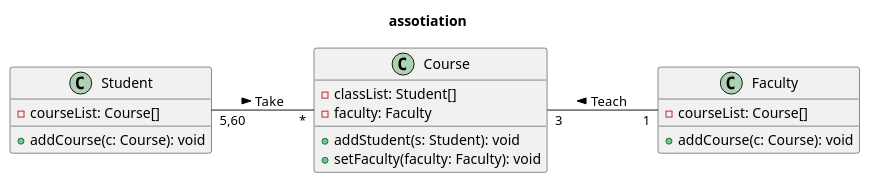
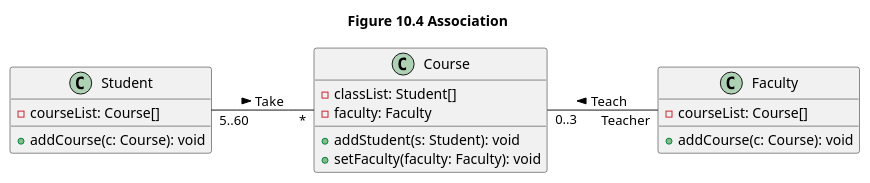
One commit to emaphis/Introduction_to_Java_Programming changed the diagram in Introduction_to_Java_Programming/src/main/java/chapter10/example/examples/Figure10_04.puml. Above: the diagram before and after it, drawn with PlantUML. The commit also changed 8 other files, not shown here.

Commit message:
Update som Chapter 10 notes, including PlantUML.

```diff
--- a/Introduction_to_Java_Programming/src/main/java/chapter10/example/examples/Figure10_04.puml
+++ b/Introduction_to_Java_Programming/src/main/java/chapter10/example/examples/Figure10_04.puml
@@ -1,25 +1,25 @@
 @startuml
-title assotiation
+title Figure 10.4 Association
 left to right direction
 together {
     class Student {
         -courseList: Course[]
         + addCourse(c: Course): void
     }
     
     class Course { 
         -classList: Student[]
         -faculty: Faculty
         +addStudent(s: Student): void
         +setFaculty(faculty: Faculty): void
     }
     
     class Faculty {
         -courseList: Course[]
         +addCourse(c: Course): void
     }
 }
 
-Student "5,60" -- "*" Course : Take >
-Course "3" -- "1" Faculty : Teach <
+Student "5..60" -- "*" Course : Take >
+Course "0..3" -- "Teacher" Faculty : Teach <
 @enduml
```
